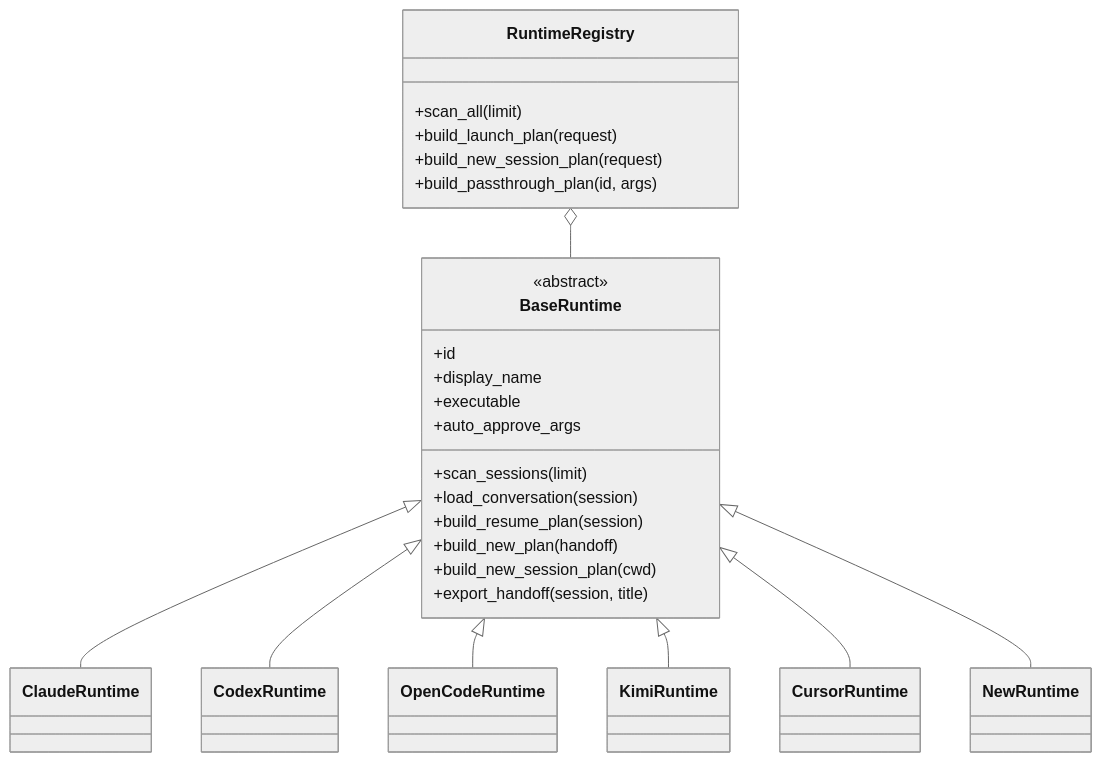
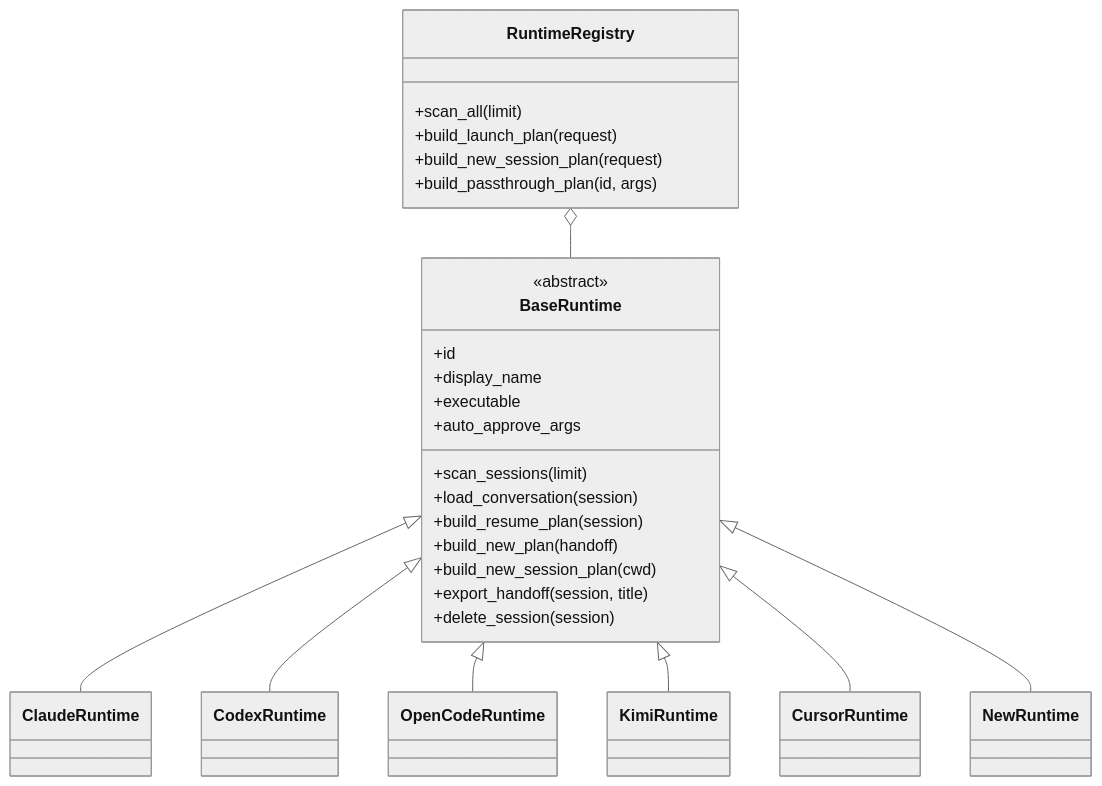
The first of 2 diagrams in docs/NEW_RUNTIME_ONBOARDING_KNOWLEDGE_BASE.md (x0c/session-continue), drawn with Mermaid (neutral theme) before and after one commit. The commit also changed other lines of this file and 25 other files, not shown here.

````diff
--- a/docs/NEW_RUNTIME_ONBOARDING_KNOWLEDGE_BASE.md
+++ b/docs/NEW_RUNTIME_ONBOARDING_KNOWLEDGE_BASE.md
@@ -29,35 +29,36 @@
 ```mermaid
 classDiagram
     class BaseRuntime {
       <<abstract>>
       +id
       +display_name
       +executable
       +auto_approve_args
       +scan_sessions(limit)
       +load_conversation(session)
       +build_resume_plan(session)
       +build_new_plan(handoff)
       +build_new_session_plan(cwd)
       +export_handoff(session, title)
+      +delete_session(session)
     }
     class ClaudeRuntime
     class CodexRuntime
     class OpenCodeRuntime
     class KimiRuntime
     class CursorRuntime
     class NewRuntime
     class RuntimeRegistry {
       +scan_all(limit)
       +build_launch_plan(request)
       +build_new_session_plan(request)
       +build_passthrough_plan(id, args)
     }
     BaseRuntime <|-- ClaudeRuntime
     BaseRuntime <|-- CodexRuntime
     BaseRuntime <|-- OpenCodeRuntime
     BaseRuntime <|-- KimiRuntime
     BaseRuntime <|-- CursorRuntime
     BaseRuntime <|-- NewRuntime
     RuntimeRegistry o-- BaseRuntime
 ```
````
